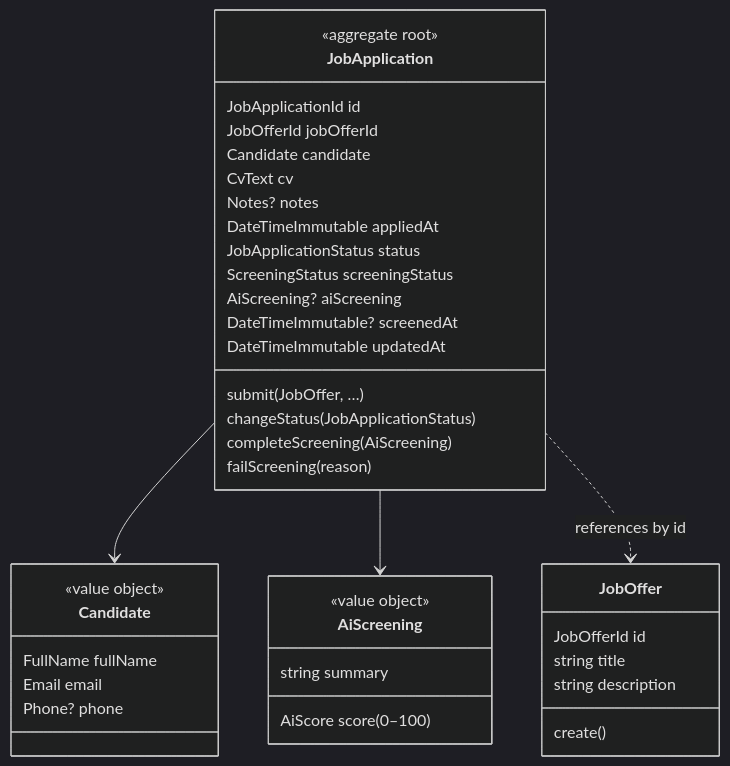
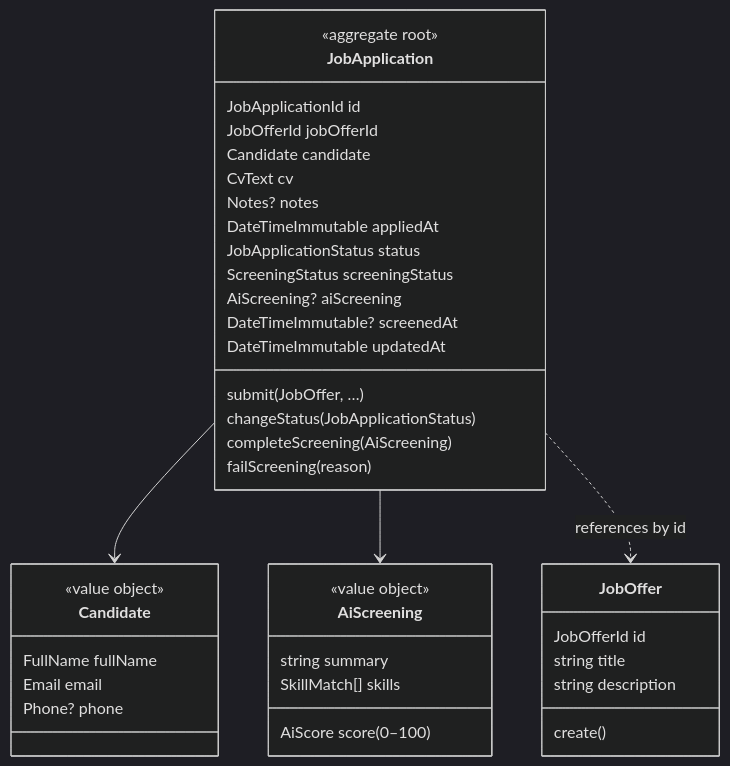
Before and after one commit to manuelarandait/ats-poc: the second of 8 diagrams in docs/ARCHITECTURE.md, drawn with Mermaid (dark theme). The commit also changed other lines of this file and 43 other files, not shown here.

First line of the commit message:
feat(screening): skill-by-skill match next to the offer on the detail page

````diff
--- a/docs/ARCHITECTURE.md
+++ b/docs/ARCHITECTURE.md
@@ -152,41 +152,42 @@
 ```mermaid
 classDiagram
     class JobOffer {
         JobOfferId id
         string title
         string description
         create()
     }
     class JobApplication {
         <<aggregate root>>
         JobApplicationId id
         JobOfferId jobOfferId
         Candidate candidate
         CvText cv
         Notes? notes
         DateTimeImmutable appliedAt
         JobApplicationStatus status
         ScreeningStatus screeningStatus
         AiScreening? aiScreening
         DateTimeImmutable? screenedAt
         DateTimeImmutable updatedAt
         submit(JobOffer, …)
         changeStatus(JobApplicationStatus)
         completeScreening(AiScreening)
         failScreening(reason)
     }
     class Candidate {
         <<value object>>
         FullName fullName
         Email email
         Phone? phone
     }
     class AiScreening {
         <<value object>>
         string summary
         AiScore score (0–100)
+        SkillMatch[] skills
     }
     JobApplication --> Candidate
     JobApplication --> AiScreening
     JobApplication ..> JobOffer : references by id
 ```
````
